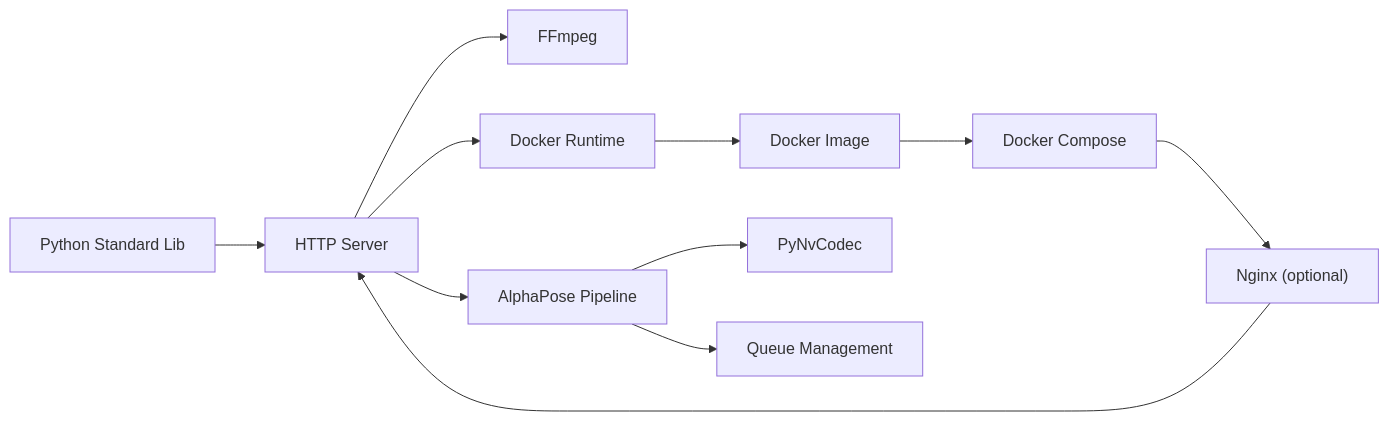
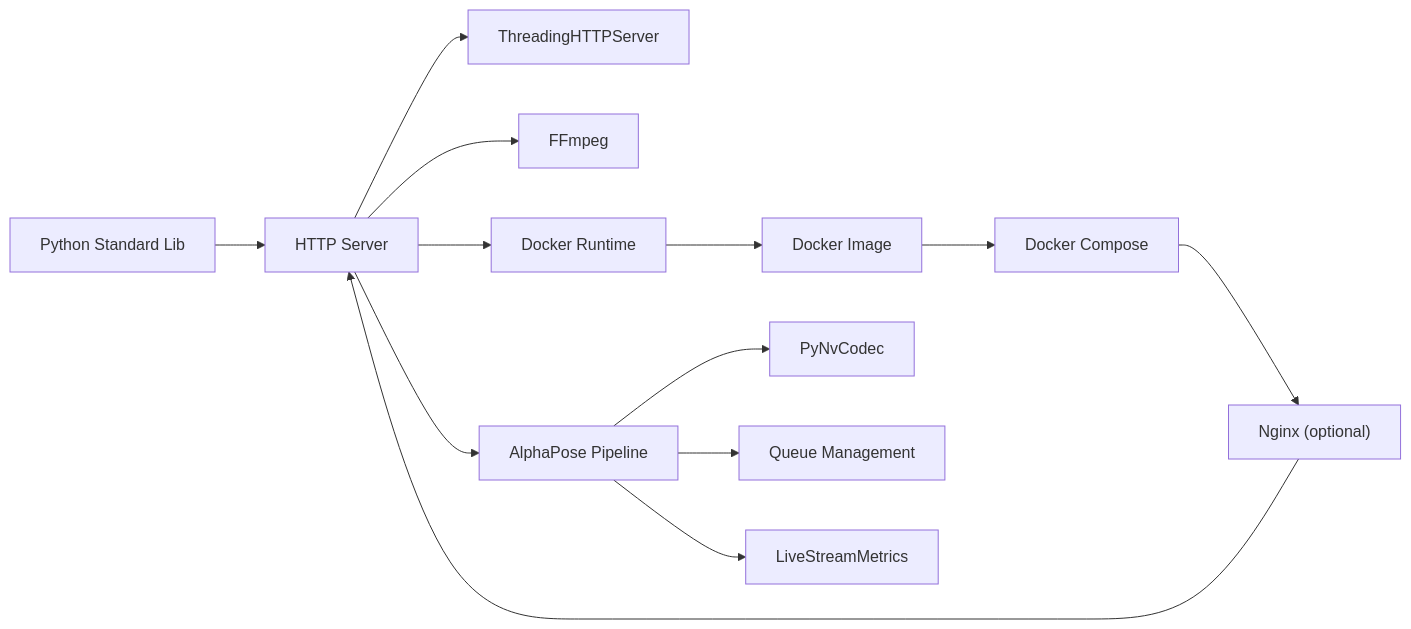
Before and after one commit to Fogus-Gr/MeasurementsDTs: the fourth of 4 diagrams in .qoder/repowiki/en/content/Deployment Infrastructure/HTTP Streaming Server.md, drawn with Mermaid. The commit also changed other lines of this file and 7 other files, not shown here.

````diff
--- a/.qoder/repowiki/en/content/Deployment Infrastructure/HTTP Streaming Server.md
+++ b/.qoder/repowiki/en/content/Deployment Infrastructure/HTTP Streaming Server.md
@@ -433,13 +535,15 @@
 ```mermaid
 graph LR
 Py["Python Standard Lib"] --> HS["HTTP Server"]
+HS --> TH["ThreadingHTTPServer"]
 HS --> FF["FFmpeg"]
 HS --> DC["Docker Runtime"]
 DC --> Img["Docker Image"]
 Img --> Cmp["Docker Compose"]
 Cmp --> NG["Nginx (optional)"]
 NG --> HS
 HS --> AP["AlphaPose Pipeline"]
 AP --> QC["PyNvCodec"]
 AP --> QM["Queue Management"]
+AP --> LS["LiveStreamMetrics"]
 ```
````
